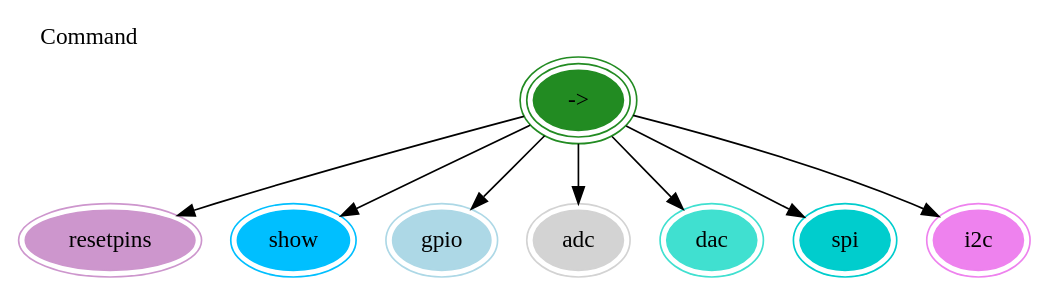
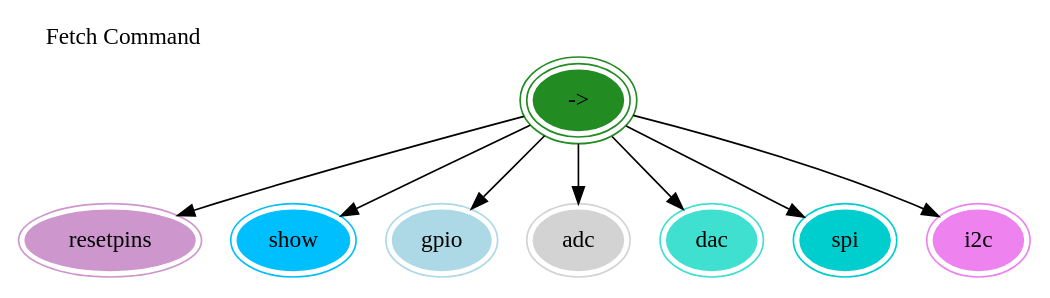
One commit to marionette-daq/marionette-firmware changed the diagram in Doc/fetch_cmd.dot. Above: the diagram before and after it, drawn with Graphviz. The commit also changed 1 other file, not shown here.

Commit message:
More dot files for documentation of fetch

```diff
--- a/Doc/fetch_cmd.dot
+++ b/Doc/fetch_cmd.dot
@@ -1,22 +1,22 @@
 digraph Fetch {
   graph [fontname="lucidasans-bold-14"];
   node [fontname="lucidasans-bold-14"];
   "->" -> resetpins;
   "->" -> show;
   "->" -> gpio;
   "->" -> adc;
   "->" -> dac;
   "->" -> spi;
   "->" -> i2c;
   "->" [color=forestgreen, peripheries=3, style=filled];
   resetpins [color=plum3, peripheries=2, style=filled];
   show [color=deepskyblue, peripheries=2, style=filled];
   gpio [color=lightblue, peripheries=2, style=filled];
   adc [color=lightgrey, peripheries=2, style=filled];
   dac [color=turquoise, peripheries=2, style=filled];
   spi [color=cyan3, peripheries=2, style=filled];
   i2c [color=violet, peripheries=2, style=filled];
-  label="Command";
+  label="Fetch Command";
   labelloc=top;
   labeljust=left;
 }
```
